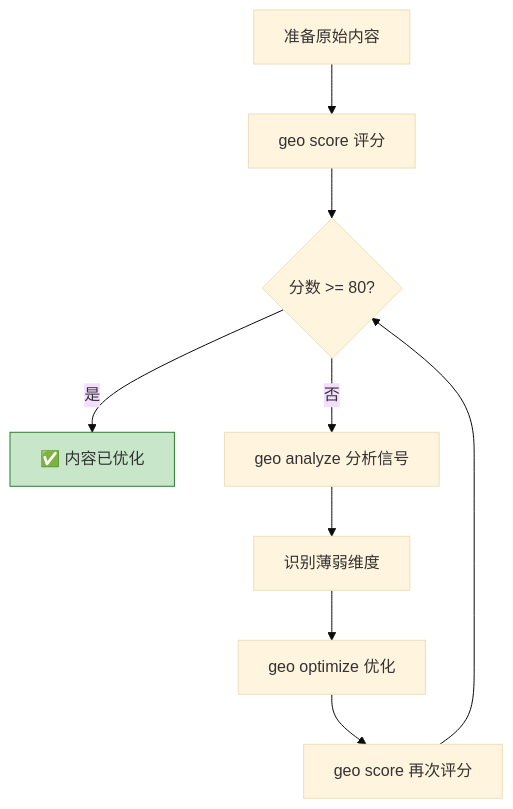
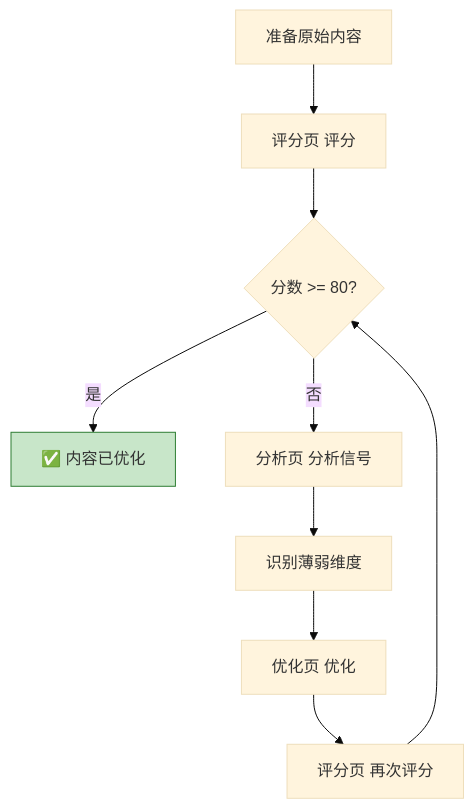
One commit to deep2code/geo changed diagram 16 of 29 in docs/getting-started.md. Above: the diagram before and after it, drawn with Mermaid (base theme). The commit also changed other lines of this file and 48 other files, not shown here.

````diff
--- a/docs/getting-started.md
+++ b/docs/getting-started.md
@@ -564,13 +557,13 @@
 ```mermaid
 flowchart TB
-    A["准备原始内容"] --> B["geo score 评分"]
+    A["准备原始内容"] --> B["评分页 评分"]
     B --> C{分数 >= 80?}
     C -->|是| D["✅ 内容已优化"]
-    C -->|否| E["geo analyze 分析信号"]
+    C -->|否| E["分析页 分析信号"]
     E --> F["识别薄弱维度"]
-    F --> G["geo optimize 优化"]
-    G --> H["geo score 再次评分"]
+    F --> G["优化页 优化"]
+    G --> H["评分页 再次评分"]
     H --> C
 
     style D fill:#c8e6c9,stroke:#2e7d32
 ```
````
